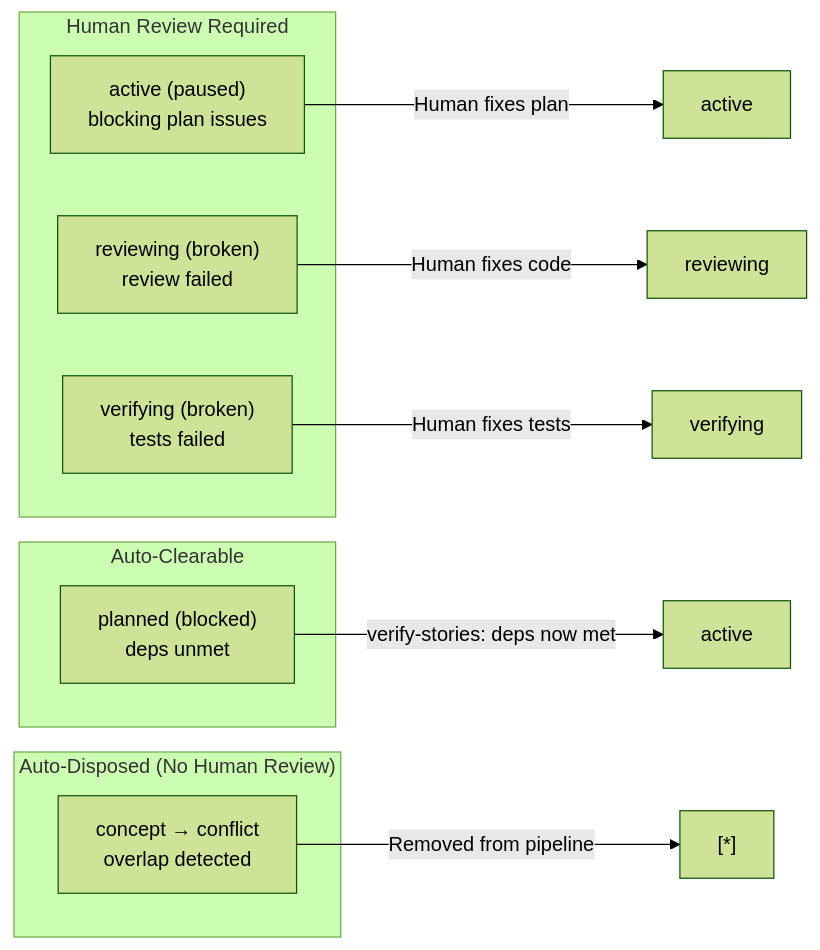
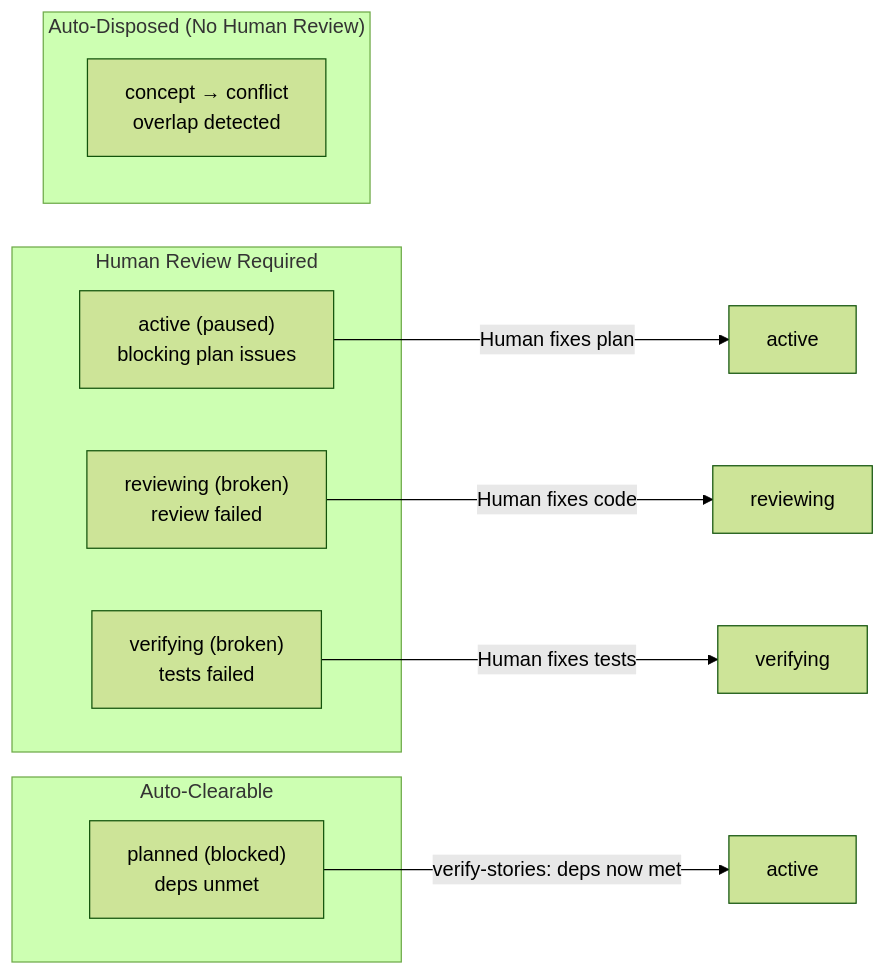
One commit to Mharbulous/SyncoPaid changed the third of 4 diagrams in .claude/skills/story-tree/references/orchestrator-workflow-complete.md. Above: the diagram before and after it, drawn with Mermaid (forest theme). The commit also changed other lines of this file, not shown here.

````diff
--- a/.claude/skills/story-tree/references/orchestrator-workflow-complete.md
+++ b/.claude/skills/story-tree/references/orchestrator-workflow-complete.md
@@ -266,23 +265,22 @@
 ```mermaid
 flowchart LR
     subgraph "Human Review Required"
         H2["active (paused)<br/>blocking plan issues"]
         H3["reviewing (broken)<br/>review failed"]
         H4["verifying (broken)<br/>tests failed"]
     end
 
     subgraph "Auto-Clearable"
         A1["planned (blocked)<br/>deps unmet"]
     end
 
     subgraph "Auto-Disposed (No Human Review)"
         C1["concept → conflict<br/>overlap detected"]
     end
 
     H2 -->|"Human fixes plan"| H2_CLEAR["active"]
     H3 -->|"Human fixes code"| H3_CLEAR["reviewing"]
     H4 -->|"Human fixes tests"| H4_CLEAR["verifying"]
 
     A1 -->|"verify-stories: deps now met"| A1_CLEAR["active"]
-    C1 -->|"Removed from pipeline"| C1_END["[*]"]
 ```
````
